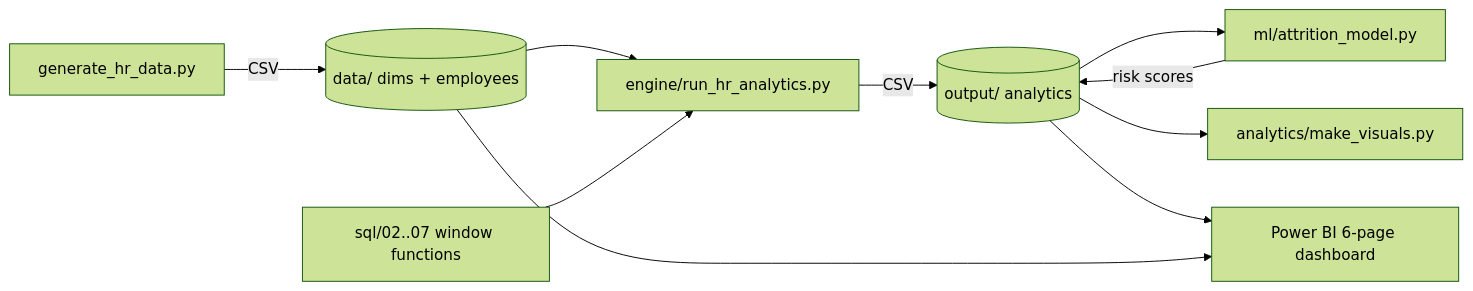
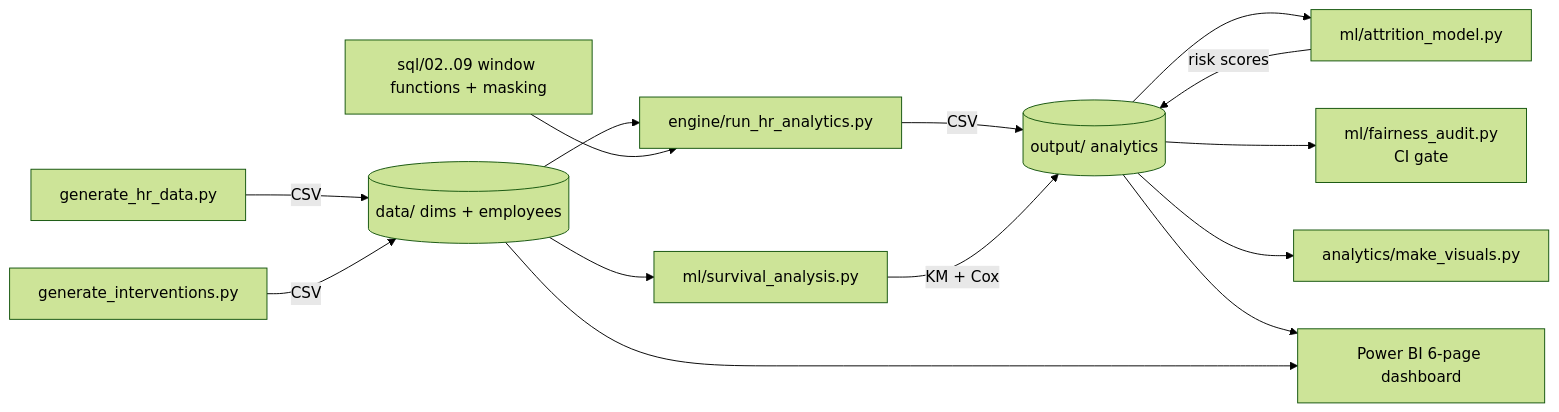
The diagram in README.md (KushPatel29/hr-attrition-analytics), drawn with Mermaid (forest theme) before and after one commit. The commit also changed other lines of this file and 31 other files, not shown here.

Commit message:
People-data guardrails: k-anonymity masking with two-cell rule, disparate-impact CI gate (four-fifths + Fisher adjudication), Kaplan-Meier/Cox survival analysis, intervention effectiveness loop; protected attributes removed from flight-risk model (AUC 0.736 -> 0.738); 52 tests

````diff
--- a/README.md
+++ b/README.md
@@ -164,12 +270,16 @@
 ```mermaid
 flowchart LR
     GEN[generate_hr_data.py] -->|CSV| DATA[(data/ dims + employees)]
+    INT[generate_interventions.py] -->|CSV| DATA
     DATA --> ENG[engine/run_hr_analytics.py]
-    SQL[sql/02..07 window functions] --> ENG
+    SQL[sql/02..09 window functions + masking] --> ENG
     ENG -->|CSV| OUT[(output/ analytics)]
     OUT --> ML[ml/attrition_model.py]
     ML -->|risk scores| OUT
+    OUT --> FAIR[ml/fairness_audit.py<br/>CI gate]
+    DATA --> SURV[ml/survival_analysis.py]
+    SURV -->|KM + Cox| OUT
     OUT --> VIZ[analytics/make_visuals.py]
     OUT --> PBI[Power BI 6-page dashboard]
     DATA --> PBI
 ```
````
